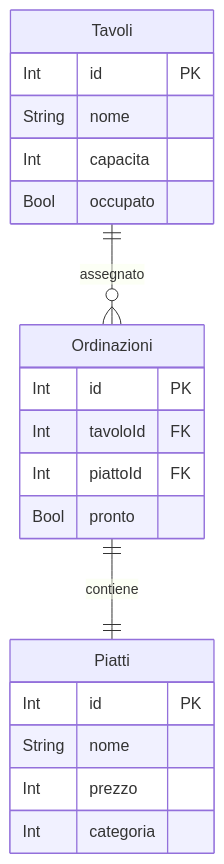
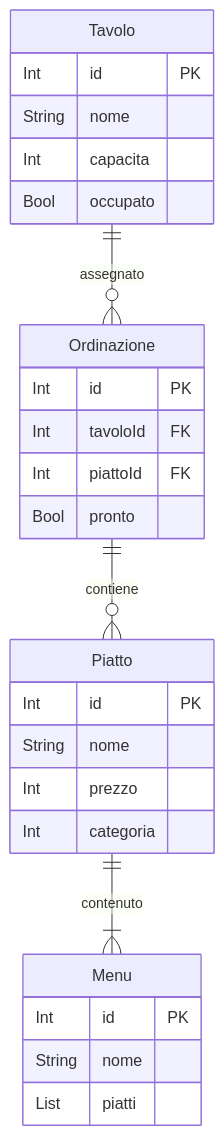
The diagram in JSON/README.md (carlopog/esercitazioni-dotnet-2024), drawn with Mermaid before and after one commit. The commit also changed 11 other files, not shown here.

Commit message:
schema base restaurant app

````diff
--- a/JSON/README.md
+++ b/JSON/README.md
@@ -114,24 +114,30 @@
 ```mermaid
 
 erDiagram
-    Ordinazioni ||--|| Piatti : contiene
-    Tavoli ||--o{ Ordinazioni : assegnato
-    Tavoli {
+    Piatto ||--|{ Menu : contenuto
+    Ordinazione ||--o{ Piatto : contiene
+    Tavolo ||--o{ Ordinazione : assegnato
+    Tavolo {
         Int id PK
         String nome
         Int capacita
         Bool occupato
     }
-    Piatti {
+    Ordinazione {
+        Int id PK
+        Int tavoloId FK
+        Int piattoId FK
+        Bool pronto
+    }
+    Piatto {
         Int id PK
         String nome
         Int prezzo
         Int categoria
     }
-    Ordinazioni {
+     Menu {
         Int id PK
-        Int tavoloId FK
-        Int piattoId FK
-        Bool pronto
+        String nome
+        List piatti
     }
 ```
````
